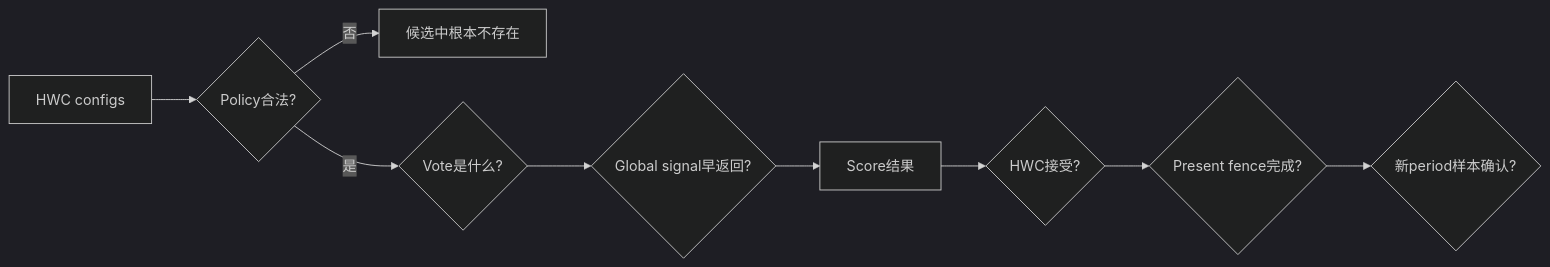
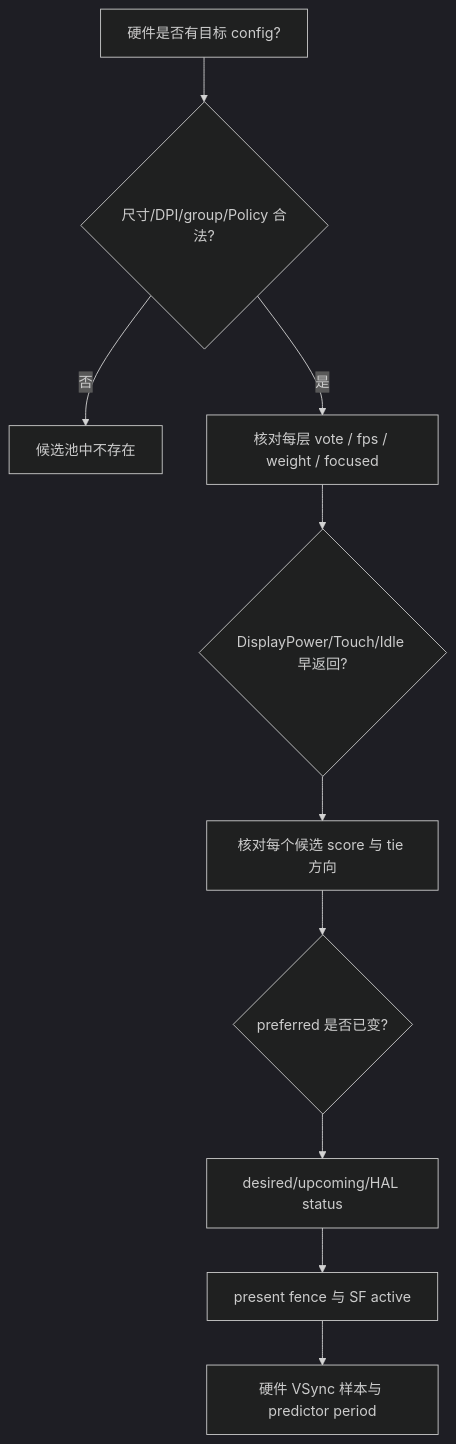
Before and after one commit to junyingzhao001/StudyNotes: the second of 2 diagrams in Android源码学习/166-AndroidRefreshRateConfigsLayerHistory与动态刷新率选择.md, drawn with Mermaid (dark theme). The commit also changed other lines of this file and 30 other files, not shown here.

````diff
--- a/Android源码学习/166-AndroidRefreshRateConfigsLayerHistory与动态刷新率选择.md
+++ b/Android源码学习/166-AndroidRefreshRateConfigsLayerHistory与动态刷新率选择.md
@@ -1168,11 +889,12 @@
 ```mermaid
-flowchart LR
-    A["HWC configs"] --> B{"Policy合法?"}
-    B -->|"否"| X["候选中根本不存在"]
-    B -->|"是"| C{"Vote是什么?"}
-    C --> D{"Global signal早返回?"}
-    D --> E["Score结果"]
-    E --> F{"HWC接受?"}
-    F --> G{"Present fence完成?"}
-    G --> H{"新period样本确认?"}
+flowchart TD
+    A["硬件是否有目标 config?"] --> B{"尺寸/DPI/group/Policy 合法?"}
+    B -->|否| X["候选池中不存在"]
+    B -->|是| C["核对每层 vote / fps / weight / focused"]
+    C --> D{"DisplayPower/Touch/Idle 早返回?"}
+    D --> E["核对每个候选 score 与 tie 方向"]
+    E --> F{"preferred 是否已变?"}
+    F --> G["desired/upcoming/HAL status"]
+    G --> H["present fence 与 SF active"]
+    H --> I["硬件 VSync 样本与 predictor period"]
 ```
````
